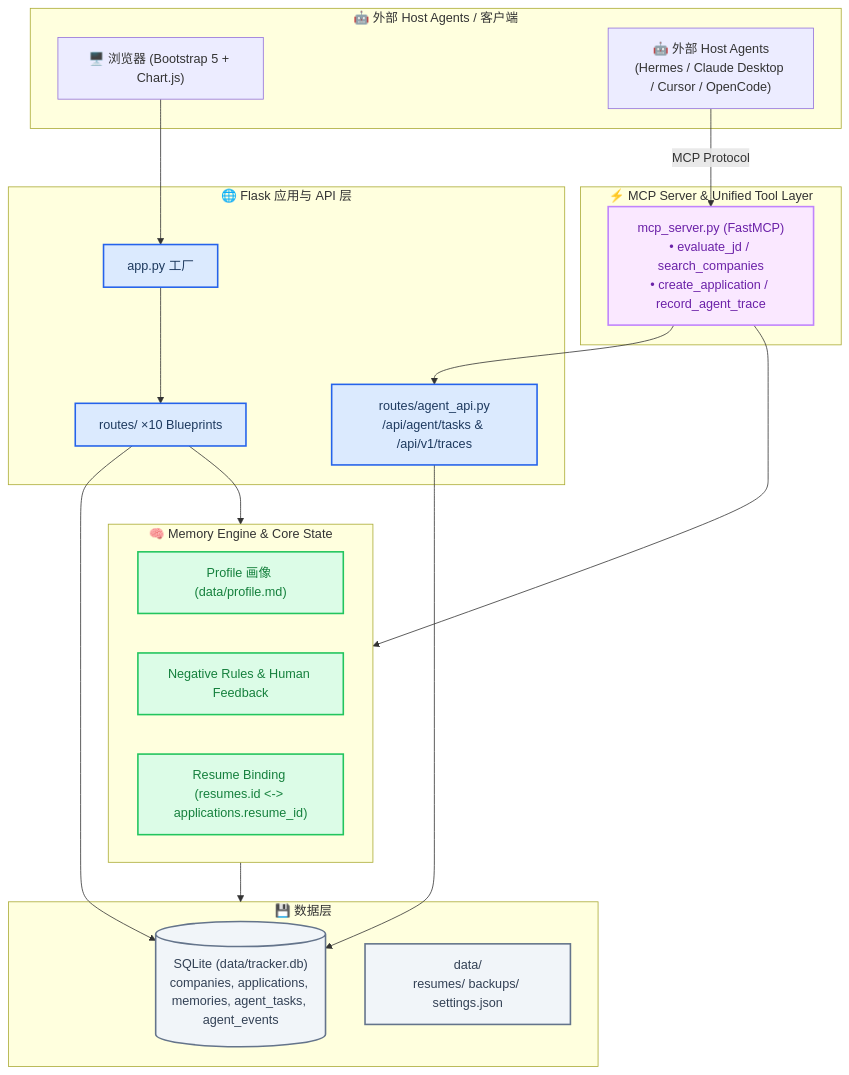
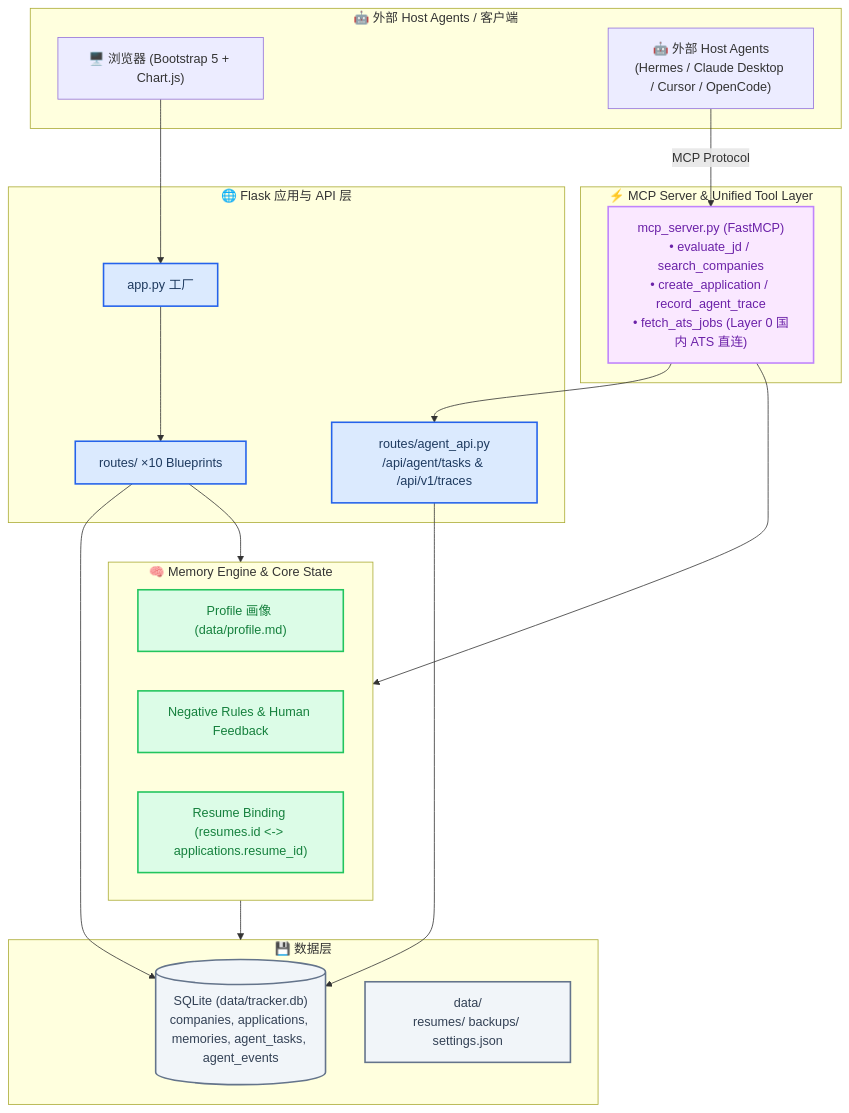
One commit to wangyh775/JHTracker changed the first of 4 diagrams in docs/architecture.md. Above: the diagram before and after it, drawn with Mermaid. The commit also changed other lines of this file and 16 other files, not shown here.

````diff
--- a/docs/architecture.md
+++ b/docs/architecture.md
@@ -11,51 +11,51 @@
 ```mermaid
 flowchart TB
     accTitle: JHTracker Agent-Native Career OS Architecture
     accDescr: Client and external host agents interact through MCP Server and Unified Tool Layer with Memory Engine, Agent Task & Trace Feed, and SQLite Storage
 
     subgraph hosts ["🤖 外部 Host Agents / 客户端"]
         browser["🖥️ 浏览器 (Bootstrap 5 + Chart.js)"]
         external_agents["🤖 外部 Host Agents<br/>(Hermes / Claude Desktop / Cursor / OpenCode)"]
     end
 
     subgraph mcp ["⚡ MCP Server & Unified Tool Layer"]
-        mcp_tools["mcp_server.py (FastMCP)<br/>• evaluate_jd / search_companies<br/>• create_application / record_agent_trace"]
+        mcp_tools["mcp_server.py (FastMCP)<br/>• evaluate_jd / search_companies<br/>• create_application / record_agent_trace<br/>• fetch_ats_jobs (Layer 0 国内 ATS 直连)"]
     end
 
     subgraph app ["🌐 Flask 应用与 API 层"]
         factory["app.py 工厂"]
         bp["routes/ ×10 Blueprints"]
         agent_api["routes/agent_api.py<br/>/api/agent/tasks & /api/v1/traces"]
     end
 
     subgraph engine ["🧠 Memory Engine & Core State"]
         profile["Profile 画像 (data/profile.md)"]
         memories["Negative Rules & Human Feedback"]
         resume_bind["Resume Binding (resumes.id <-> applications.resume_id)"]
     end
 
     subgraph storage ["💾 数据层"]
         db[("SQLite (data/tracker.db)<br/>companies, applications, memories, agent_tasks, agent_events")]
         files["data/<br/>resumes/ backups/ settings.json"]
     end
 
     browser --> factory
     external_agents -->|MCP Protocol| mcp_tools
     mcp_tools --> engine
     mcp_tools --> agent_api
     factory --> bp
     bp --> engine
     bp --> db
     agent_api --> db
     engine --> storage
 
     classDef app fill:#dbeafe,stroke:#2563eb,stroke-width:2px,color:#1e3a5f
     classDef mcp fill:#fae8ff,stroke:#c084fc,stroke-width:2px,color:#6b21a8
     classDef engine fill:#dcfce7,stroke:#22c55e,stroke-width:2px,color:#15803d
     classDef storage fill:#f1f5f9,stroke:#64748b,stroke-width:2px,color:#334155
 
     class factory,bp,agent_api app
     class mcp_tools mcp
     class profile,memories,resume_bind engine
     class db,files storage
 ```
````
